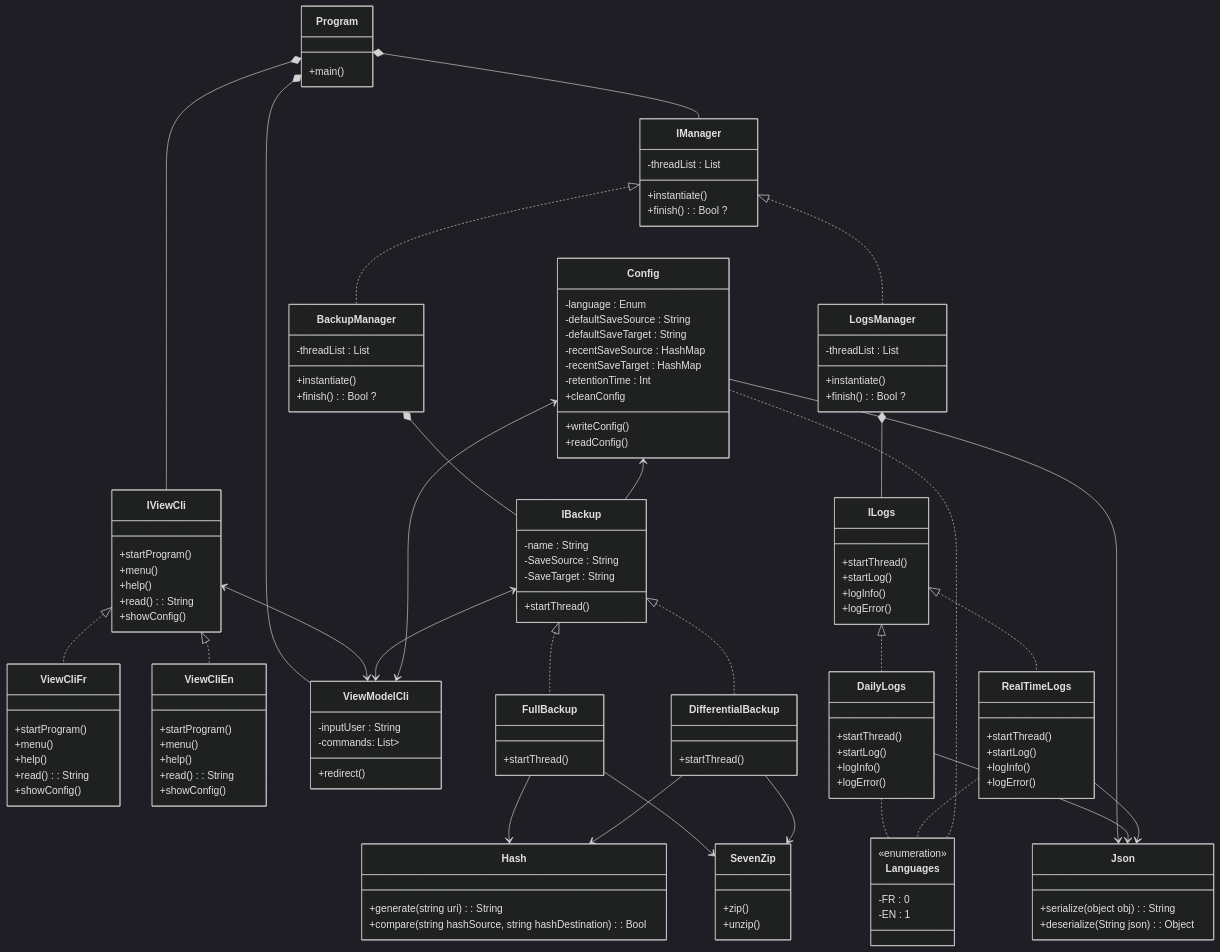
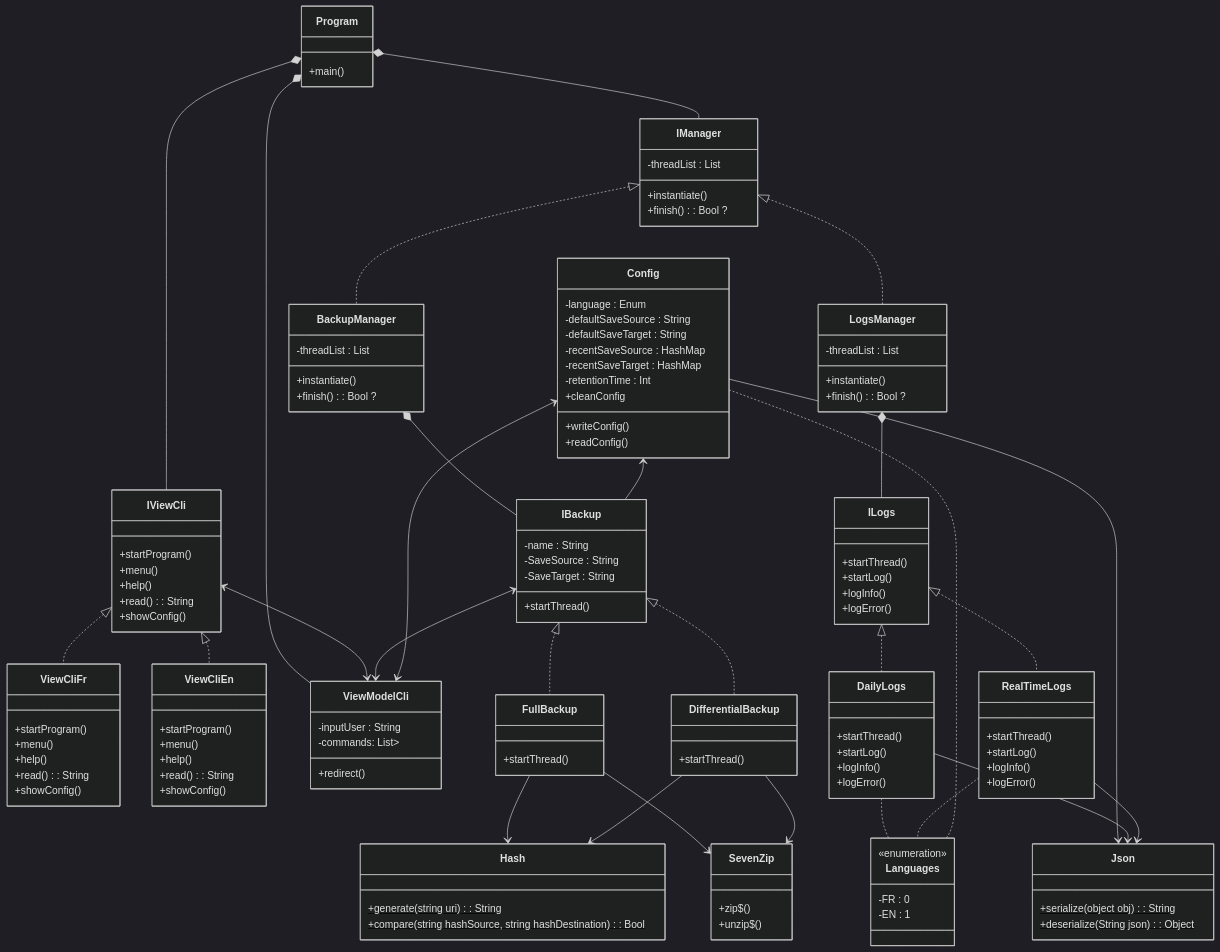
One commit to mboss7/CesiProgSys changed the diagram in diagClasse.md. Above: the diagram before and after it, drawn with Mermaid (dark theme).

Commit message:
fsjjufsj

```diff
--- a/diagClasse.md
+++ b/diagClasse.md
@@ -57,8 +57,8 @@
 +startThread()
 }
 class SevenZip{
-+zip()
-+unzip()
++zip$()
++unzip$()
 }
 class Config{
 -language : Enum
@@ -95,12 +95,12 @@
 +logError()
 }
 class Hash{
-+generate(string uri) : String
-+compare(string hashSource, string hashDestination) : Bool
++generate(string uri)$ : String
++compare(string hashSource, string hashDestination)$ : Bool
 }
 class Json{
-+serialize(object obj) : String
-+deserialize(String json) : Object
++serialize(object obj)$ : String
++deserialize(String json)$ : Object
 }
 
 IViewCli <|.. ViewCliFr
```
